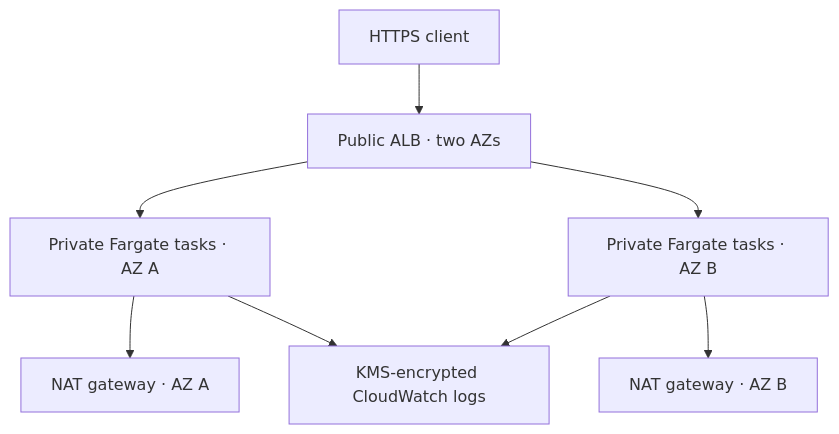
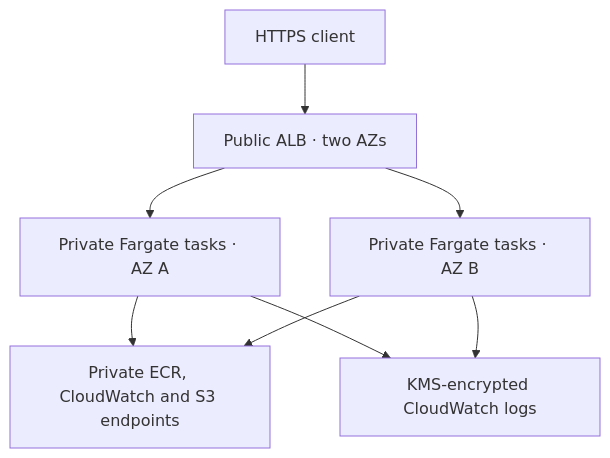
Before and after one commit to hdevops9-ops/aws-eks-platform: the diagram in ha-platform/README.md, drawn with Mermaid. The commit also changed other lines of this file and 2 other files, not shown here.

Commit message:
Record passing DevSecOps gates and clarify AWS deployment acceptance requirements

````diff
--- a/ha-platform/README.md
+++ b/ha-platform/README.md
@@ -21,10 +21,10 @@
 ```mermaid
 flowchart TD
   Client["HTTPS client"] --> ALB["Public ALB · two AZs"]
   ALB --> A["Private Fargate tasks · AZ A"]
   ALB --> B["Private Fargate tasks · AZ B"]
-  A --> NA["NAT gateway · AZ A"]
-  B --> NB["NAT gateway · AZ B"]
+  A --> Endpoints["Private ECR, CloudWatch and S3 endpoints"]
+  B --> Endpoints
   A --> Logs["KMS-encrypted CloudWatch logs"]
   B --> Logs
 ```
````
